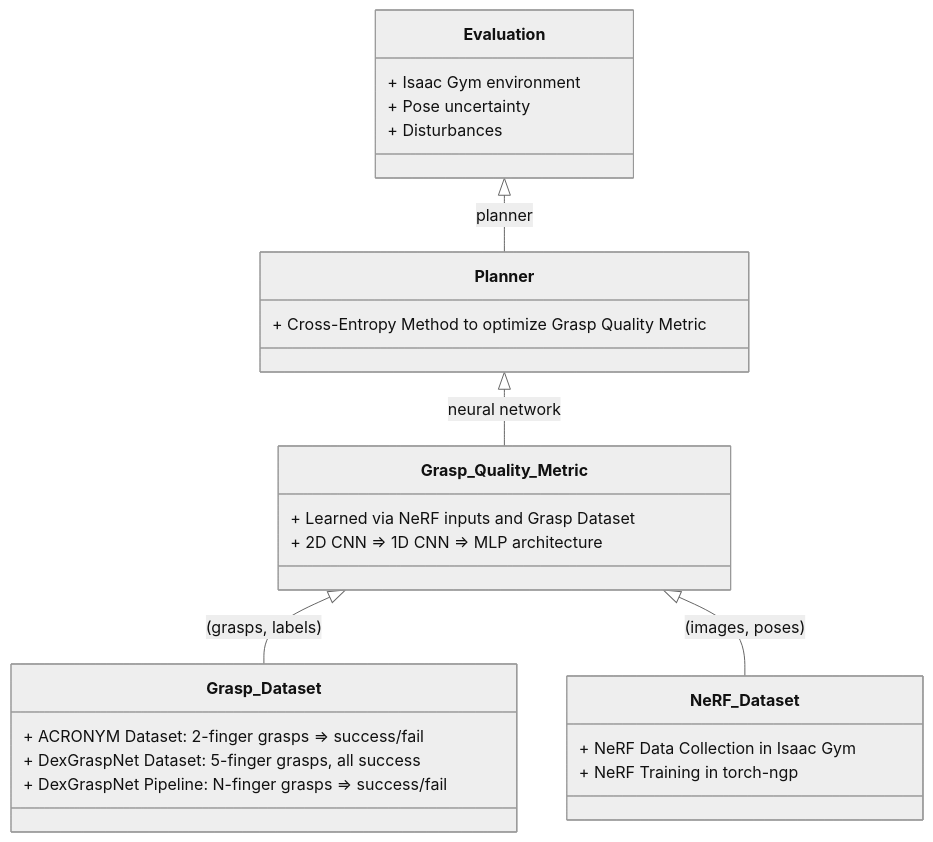
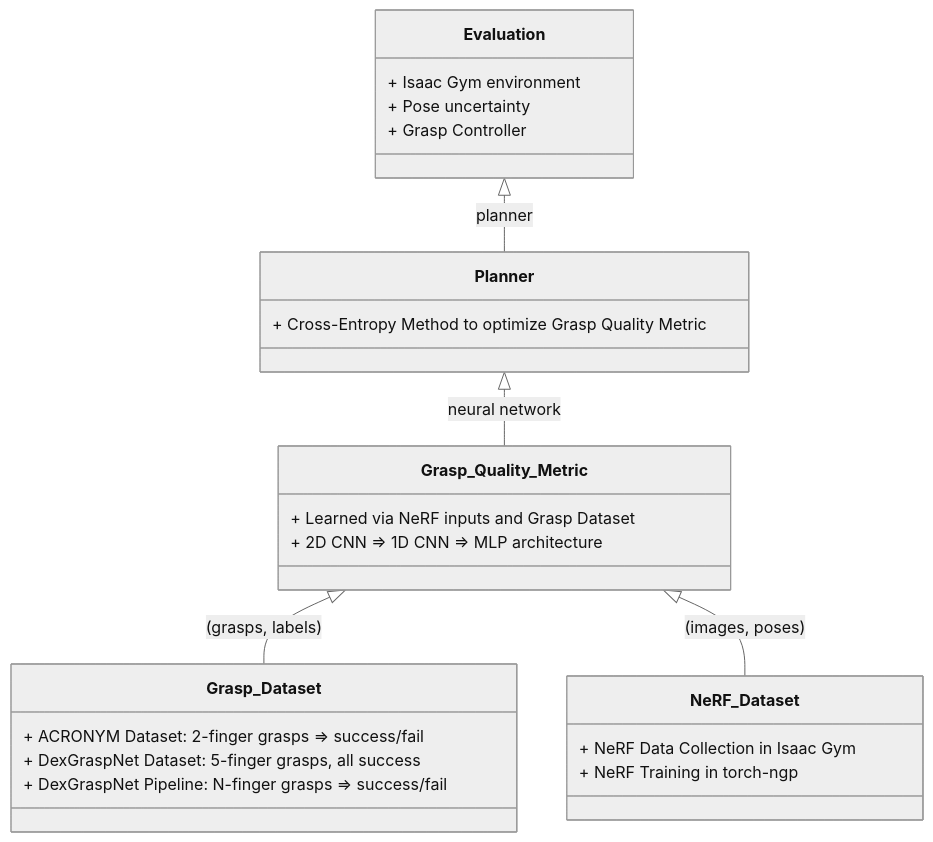
One commit to tylerlum/nerf_grasping changed the first of 6 diagrams in README.md. Above: the diagram before and after it, drawn with Mermaid (neutral theme).

````diff
--- a/README.md
+++ b/README.md
@@ -10,29 +10,29 @@
 ```mermaid
 classDiagram
     Grasp_Quality_Metric <|-- Grasp_Dataset: (grasps, labels)
     Grasp_Quality_Metric <|-- NeRF_Dataset: (images, poses)
     Planner <|-- Grasp_Quality_Metric: neural network
     Evaluation <|-- Planner: planner
  
     class Grasp_Dataset{
       + ACRONYM Dataset: 2-finger grasps => success/fail 
       + DexGraspNet Dataset: 5-finger grasps, all success
       + DexGraspNet Pipeline:  N-finger grasps => success/fail
     }
     class NeRF_Dataset{
       + NeRF Data Collection in Isaac Gym
       + NeRF Training in torch-ngp
     }
     class Grasp_Quality_Metric{
       + Learned via NeRF inputs and Grasp Dataset
       + 2D CNN => 1D CNN => MLP architecture
     }
     class Planner{
       + Cross-Entropy Method to optimize Grasp Quality Metric
     }
     class Evaluation{
       + Isaac Gym environment
       + Pose uncertainty
-      + Disturbances
+      + Grasp Controller
     }
 ```
````
